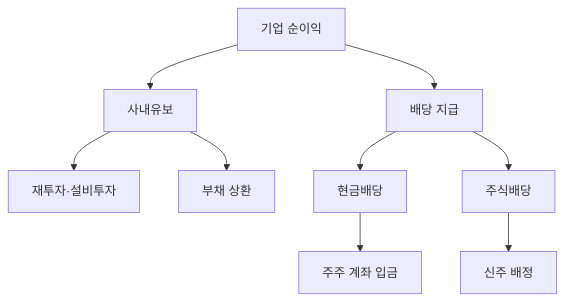
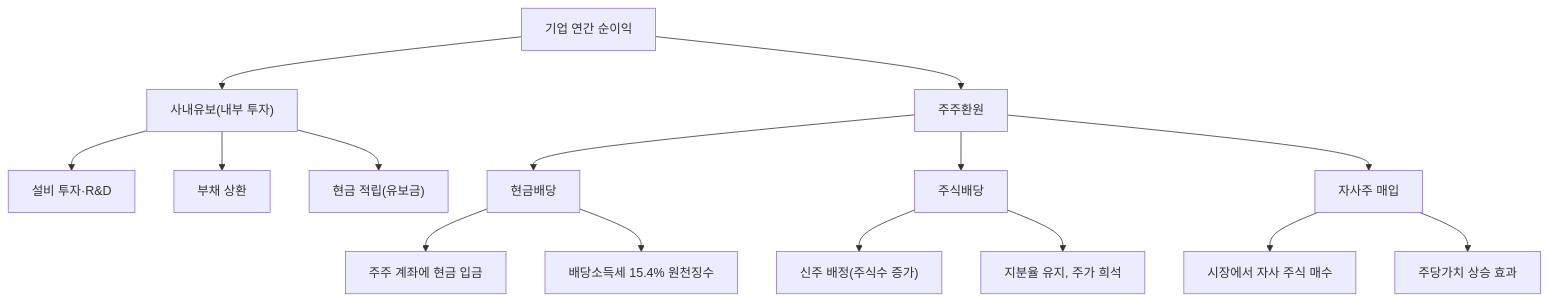
Before and after one commit to yeongseon/stock-visual-note: the diagram in content/stock-terms/ko/level-06-events/dividend.md, drawn with Mermaid. The commit also changed other lines of this file, not shown here.

Commit message:
content: rewrite dividend.md — 한국식품 시나리오, 14노드 Mermaid, 배당성장·FCF커버리지 확장

````diff
--- a/content/stock-terms/ko/level-06-events/dividend.md
+++ b/content/stock-terms/ko/level-06-events/dividend.md
@@ -39,12 +45,18 @@
 ```mermaid
 graph TD
-    A["기업 순이익"]
-    A --> B["사내유보"]
-    A --> C["배당 지급"]
-    B --> B1["재투자·설비투자"]
+    A["기업 연간 순이익"]
+    A --> B["사내유보(내부 투자)"]
+    A --> C["주주환원"]
+    B --> B1["설비 투자·R&D"]
     B --> B2["부채 상환"]
-    C --> C1["현금배당"]
-    C --> C2["주식배당"]
-    C1 --> D["주주 계좌 입금"]
-    C2 --> E["신주 배정"]
+    B --> B3["현금 적립(유보금)"]
+    C --> D["현금배당"]
+    C --> E["주식배당"]
+    C --> F["자사주 매입"]
+    D --> D1["주주 계좌에 현금 입금"]
+    D --> D2["배당소득세 15.4% 원천징수"]
+    E --> E1["신주 배정(주식수 증가)"]
+    E --> E2["지분율 유지, 주가 희석"]
+    F --> F1["시장에서 자사 주식 매수"]
+    F --> F2["주당가치 상승 효과"]
 ```
````
